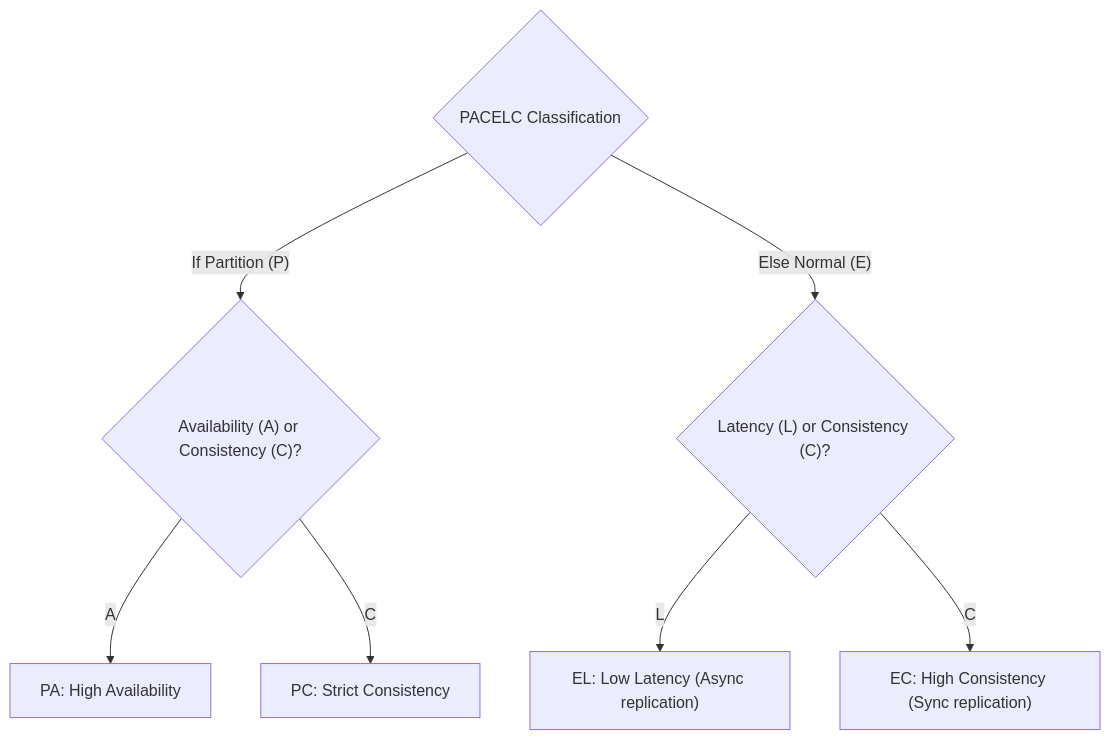
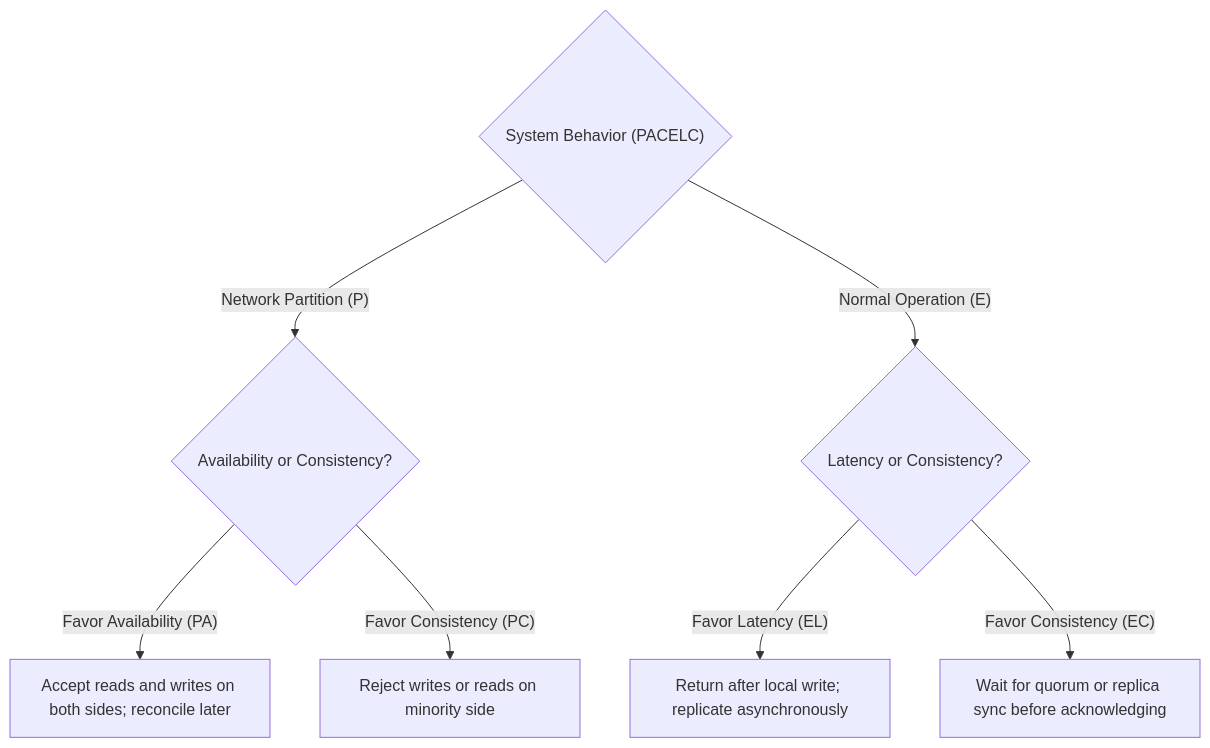
One commit to ravishankar2463/java_hub changed the first of 5 diagrams in content/roadmap/level-13/system-design-scalability-patterns.md. Above: the diagram before and after it, drawn with Mermaid. The commit also changed other lines of this file and 119 other files, not shown here.

Commit message:
feat: add comprehensive java learning roadmap content across multiple levels

````diff
--- a/content/roadmap/level-13/system-design-scalability-patterns.md
+++ b/content/roadmap/level-13/system-design-scalability-patterns.md
@@ -57,13 +21,12 @@
 ```mermaid
 flowchart TD
-    PACELC{"PACELC Classification"}
+    pace{"System Behavior (PACELC)"}
+    pace -->|"Network Partition (P)"| partChoice{"Availability or Consistency?"}
+    pace -->|"Normal Operation (E)"| normChoice{"Latency or Consistency?"}
 
-    PACELC -->|"If Partition (P)"| Choice1{"Availability (A) or Consistency (C)?"}
-    PACELC -->|"Else Normal (E)"| Choice2{"Latency (L) or Consistency (C)?"}
+    partChoice -->|"Favor Availability (PA)"| pa["Accept reads and writes on both sides; reconcile later"]
+    partChoice -->|"Favor Consistency (PC)"| pc["Reject writes or reads on minority side"]
 
-    Choice1 -->|"A"| PA["PA: High Availability"]
-    Choice1 -->|"C"| PC["PC: Strict Consistency"]
-
-    Choice2 -->|"L"| EL["EL: Low Latency (Async replication)"]
-    Choice2 -->|"C"| EC["EC: High Consistency (Sync replication)"]
+    normChoice -->|"Favor Latency (EL)"| el["Return after local write; replicate asynchronously"]
+    normChoice -->|"Favor Consistency (EC)"| ec["Wait for quorum or replica sync before acknowledging"]
 ```
````
